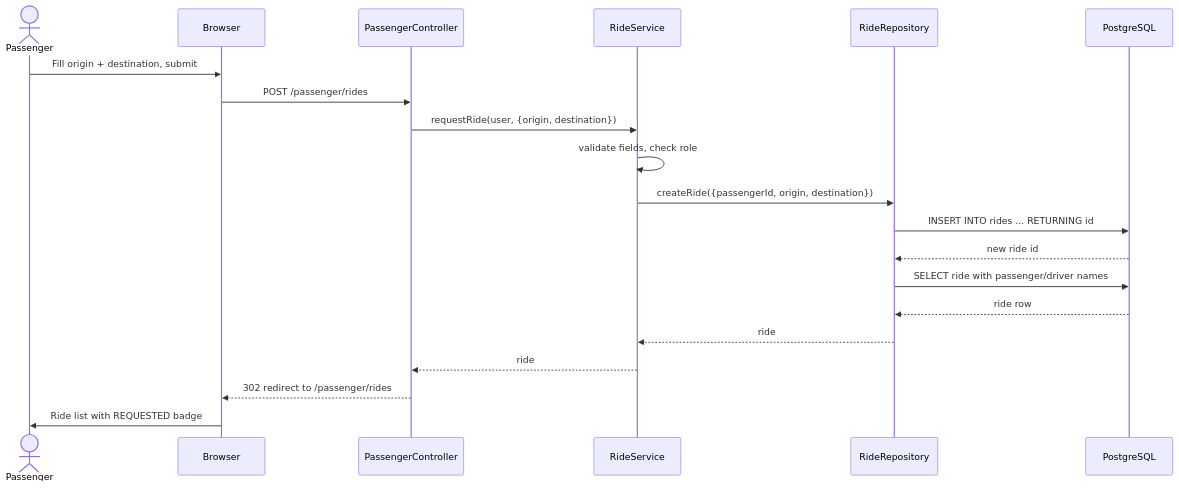
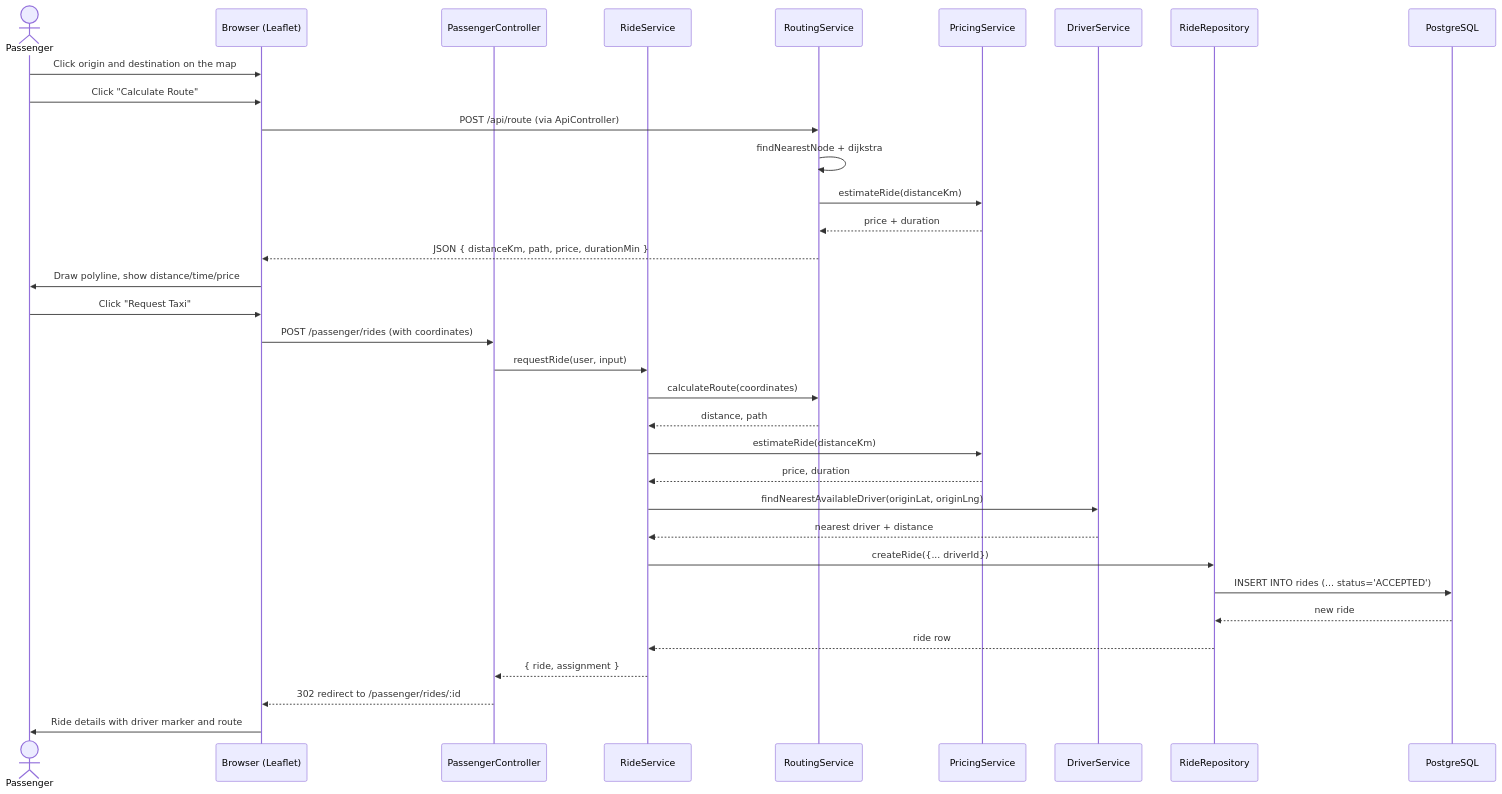
One commit to FarbodTavakolizade/TaxiGo changed the third of 6 diagrams in docs/architecture.md. Above: the diagram before and after it, drawn with Mermaid. The commit also changed other lines of this file and 10 other files, not shown here.

Commit message:
Update documentation for map, routing and pricing features

````diff
--- a/docs/architecture.md
+++ b/docs/architecture.md
@@ -132,23 +178,38 @@
 ```mermaid
 sequenceDiagram
     actor P as Passenger
-    participant B as Browser
+    participant B as Browser (Leaflet)
     participant C as PassengerController
     participant S as RideService
+    participant RT as RoutingService
+    participant PR as PricingService
+    participant D as DriverService
     participant R as RideRepository
     participant DB as PostgreSQL
 
-    P->>B: Fill origin + destination, submit
-    B->>C: POST /passenger/rides
-    C->>S: requestRide(user, {origin, destination})
-    S->>S: validate fields, check role
-    S->>R: createRide({passengerId, origin, destination})
-    R->>DB: INSERT INTO rides ... RETURNING id
-    DB-->>R: new ride id
-    R->>DB: SELECT ride with passenger/driver names
-    DB-->>R: ride row
-    R-->>S: ride
-    S-->>C: ride
-    C-->>B: 302 redirect to /passenger/rides
-    B->>P: Ride list with REQUESTED badge
+    P->>B: Click origin and destination on the map
+    P->>B: Click "Calculate Route"
+    B->>RT: POST /api/route (via ApiController)
+    RT->>RT: findNearestNode + dijkstra
+    RT->>PR: estimateRide(distanceKm)
+    PR-->>RT: price + duration
+    RT-->>B: JSON { distanceKm, path, price, durationMin }
+    B->>P: Draw polyline, show distance/time/price
+
+    P->>B: Click "Request Taxi"
+    B->>C: POST /passenger/rides (with coordinates)
+    C->>S: requestRide(user, input)
+    S->>RT: calculateRoute(coordinates)
+    RT-->>S: distance, path
+    S->>PR: estimateRide(distanceKm)
+    PR-->>S: price, duration
+    S->>D: findNearestAvailableDriver(originLat, originLng)
+    D-->>S: nearest driver + distance
+    S->>R: createRide({... driverId})
+    R->>DB: INSERT INTO rides (... status='ACCEPTED')
+    DB-->>R: new ride
+    R-->>S: ride row
+    S-->>C: { ride, assignment }
+    C-->>B: 302 redirect to /passenger/rides/:id
+    B->>P: Ride details with driver marker and route
 ```
````
